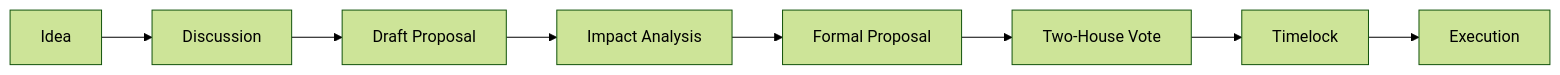
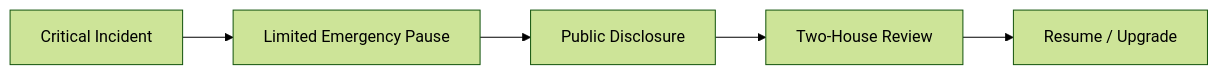
Diagram 15 of 23 in docs/whitepaper/07-governance.md (ShigeichiroYamasaki/creator-first-platform), drawn with Mermaid (forest theme) before and after one commit. The commit also changed other lines of this file and 1 other file, not shown here.

````diff
--- a/docs/whitepaper/07-governance.md
+++ b/docs/whitepaper/07-governance.md
@@ -440,13 +666,10 @@
 ```mermaid
 flowchart LR
-    IDEA[Idea]
-    DISCUSS[Discussion]
-    DRAFT[Draft Proposal]
-    ANALYSIS[Impact Analysis]
-    FINAL[Formal Proposal]
-    VOTE[Two-House Vote]
-    TIME[Timelock]
-    EXEC[Execution]
+    INCIDENT[Critical Incident]
+    PAUSE[Limited Emergency Pause]
+    DISCLOSE[Public Disclosure]
+    REVIEW[Two-House Review]
+    RESUME[Resume / Upgrade]
 
-    IDEA --> DISCUSS --> DRAFT --> ANALYSIS --> FINAL --> VOTE --> TIME --> EXEC
+    INCIDENT --> PAUSE --> DISCLOSE --> REVIEW --> RESUME
 ```
````
